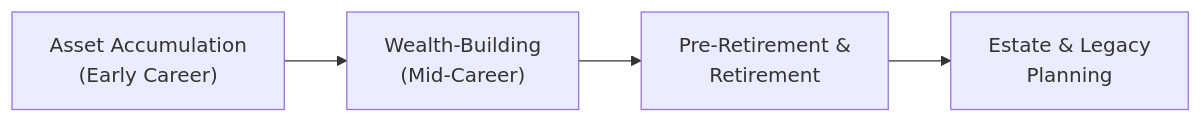
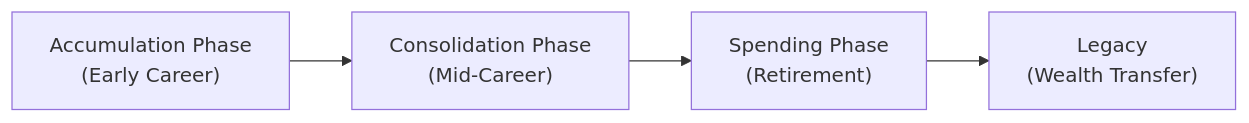
One commit to MasteryEducation/SecuritiesExamsMastery.ca changed the diagram in content/ifc/4/4/index.md. Above: the diagram before and after it, drawn with Mermaid. The commit also changed other lines of this file and 130 other files, not shown here.

````diff
--- a/content/ifc/4/4/index.md
+++ b/content/ifc/4/4/index.md
@@ -40,6 +85,6 @@
 ```mermaid
-graph LR
-    A["Asset Accumulation <br/> (Early Career)"] --> B["Wealth-Building <br/> (Mid-Career)"]
-    B --> C["Pre-Retirement & <br/> Retirement"]
-    C --> D["Estate & Legacy <br/> Planning"]
+flowchart LR
+    A["Accumulation Phase <br/>(Early Career)"] --> B["Consolidation Phase <br/>(Mid-Career)"]
+    B["Consolidation Phase <br/>(Mid-Career)"] --> C["Spending Phase <br/>(Retirement)"]
+    C["Spending Phase <br/>(Retirement)"] --> D["Legacy <br/>(Wealth Transfer)"]
 ```
````
